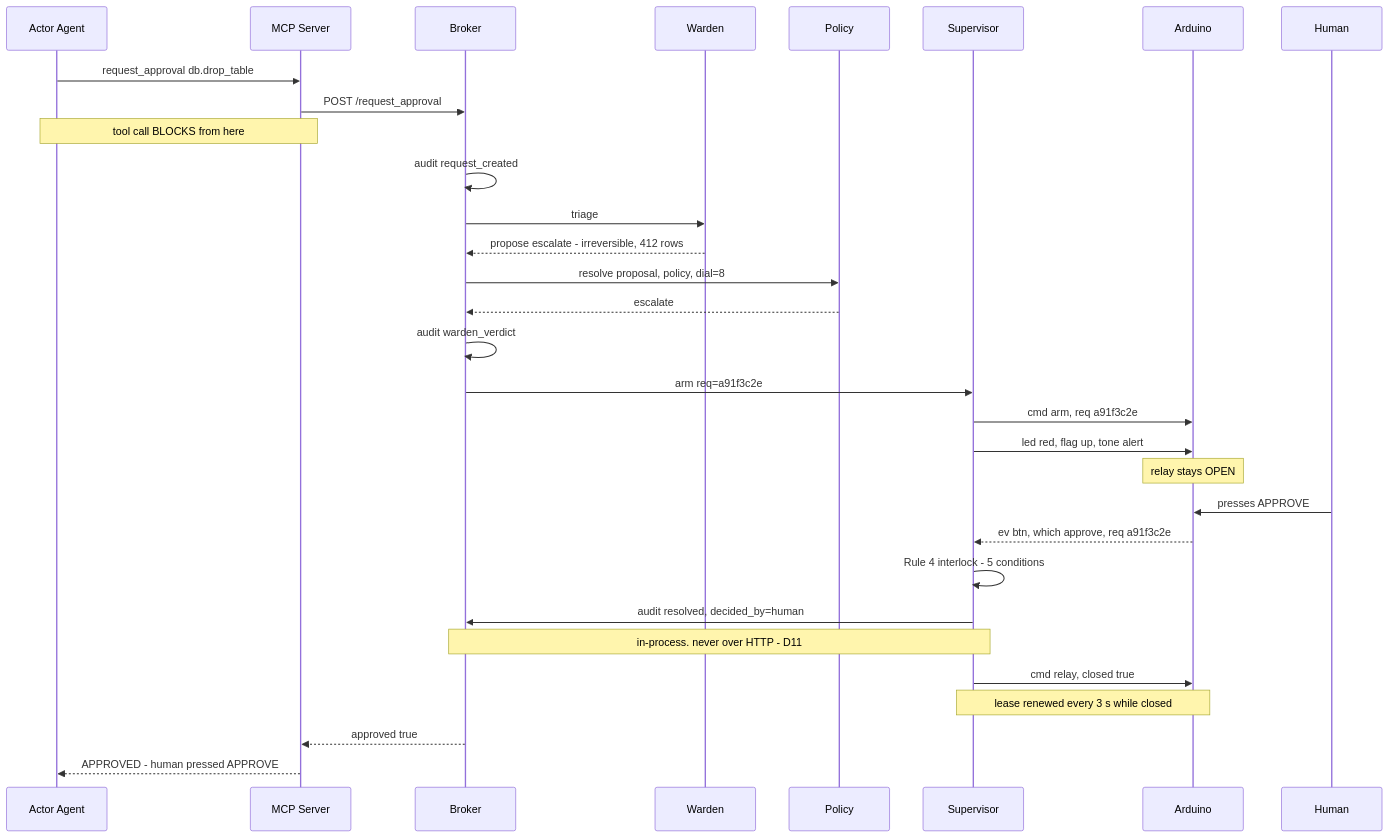
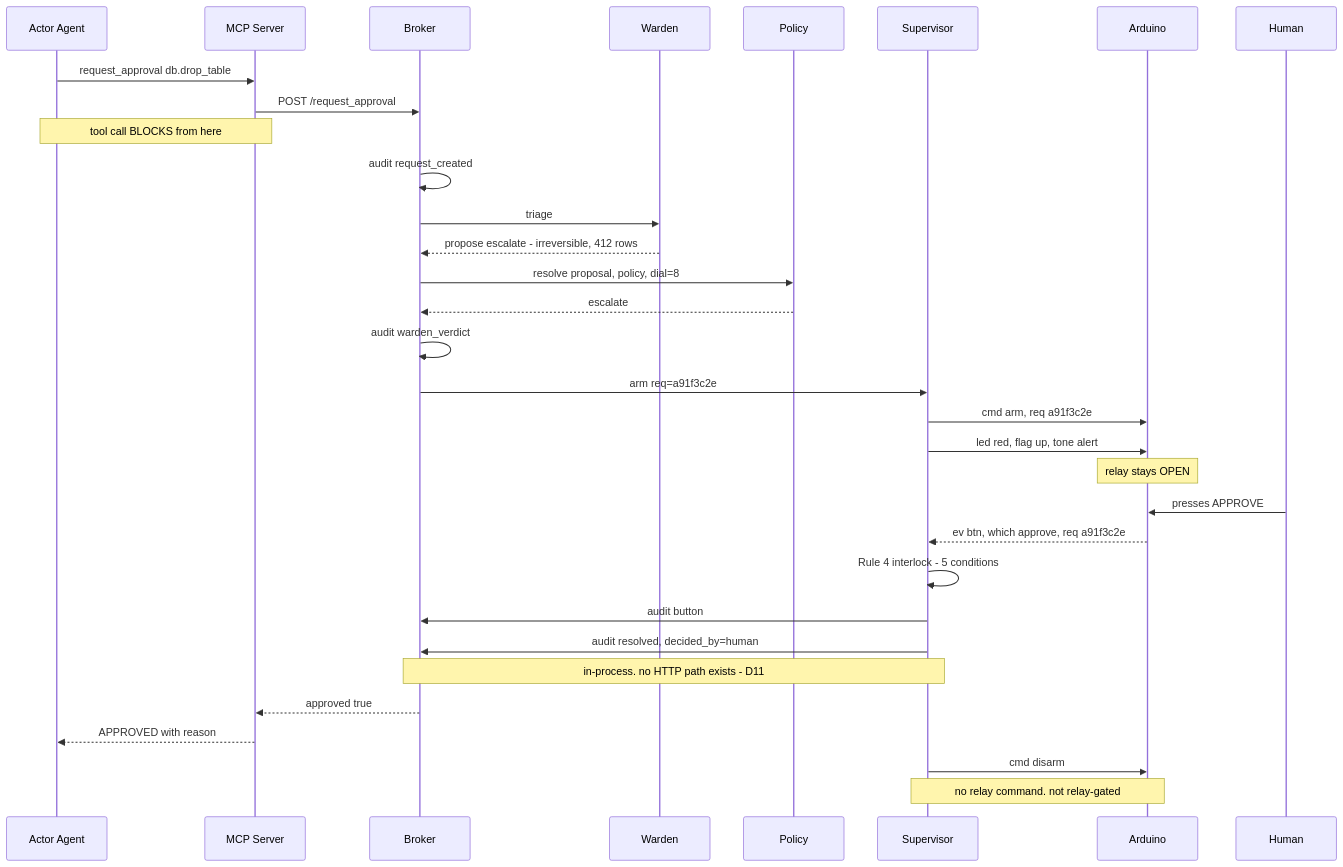
The first of 4 diagrams in docs/DESIGN.md (tomiwaaluko/airgap), drawn with Mermaid before and after one commit. The commit also changed other lines of this file and 9 other files, not shown here.

````diff
--- a/docs/DESIGN.md
+++ b/docs/DESIGN.md
@@ -345,34 +448,35 @@
 ```mermaid
 sequenceDiagram
     participant A as Actor Agent
     participant M as MCP Server
     participant B as Broker
     participant W as Warden
     participant P as Policy
     participant S as Supervisor
     participant D as Arduino
     participant H as Human
 
     A->>M: request_approval db.drop_table
     M->>B: POST /request_approval
     Note over A,M: tool call BLOCKS from here
     B->>B: audit request_created
     B->>W: triage
     W-->>B: propose escalate - irreversible, 412 rows
     B->>P: resolve proposal, policy, dial=8
     P-->>B: escalate
     B->>B: audit warden_verdict
     B->>S: arm req=a91f3c2e
     S->>D: cmd arm, req a91f3c2e
     S->>D: led red, flag up, tone alert
     Note over D: relay stays OPEN
     H->>D: presses APPROVE
     D-->>S: ev btn, which approve, req a91f3c2e
     S->>S: Rule 4 interlock - 5 conditions
+    S->>B: audit button
     S->>B: audit resolved, decided_by=human
-    Note over S,B: in-process. never over HTTP - D11
-    S->>D: cmd relay, closed true
-    Note over S,D: lease renewed every 3 s while closed
+    Note over S,B: in-process. no HTTP path exists - D11
     B-->>M: approved true
-    M-->>A: APPROVED - human pressed APPROVE
+    M-->>A: APPROVED with reason
+    S->>D: cmd disarm
+    Note over S,D: no relay command. not relay-gated
 ```
````
